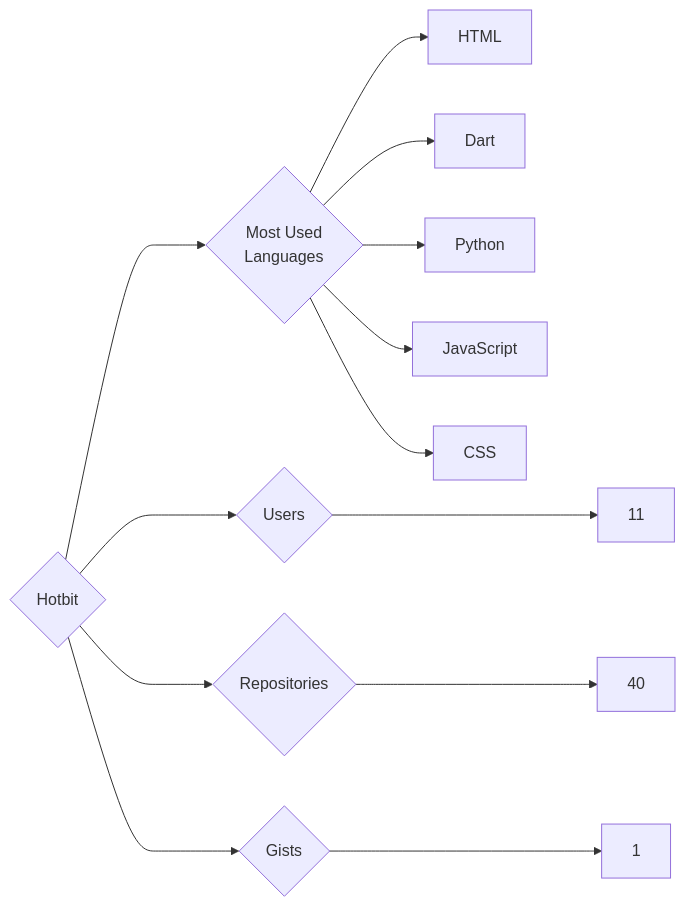
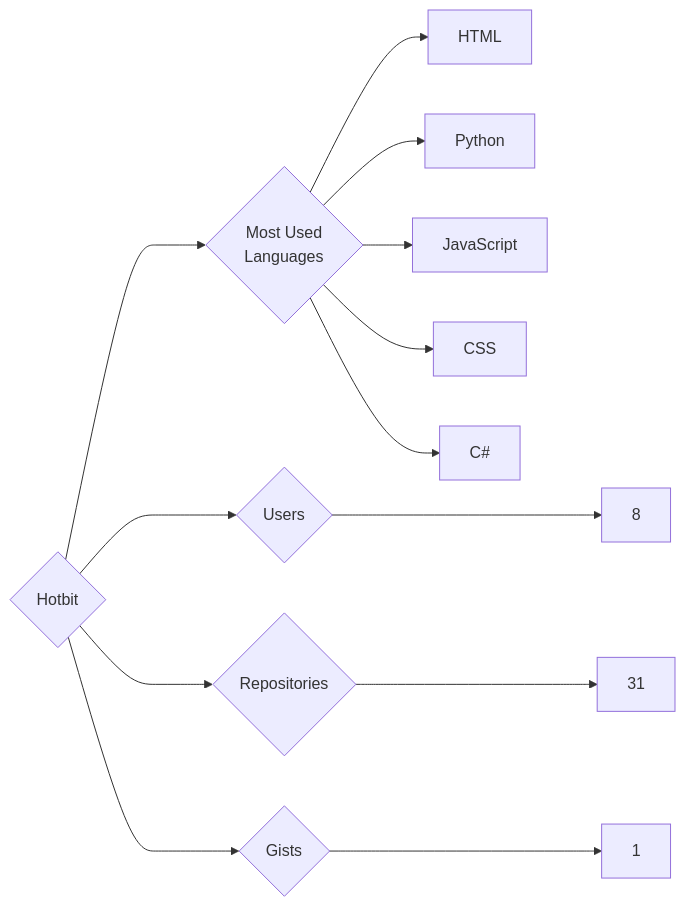
One commit to trickest/insiders changed the diagram in targets/Hotbit/README.md. Above: the diagram before and after it, drawn with Mermaid. The commit also changed 1092 other files, not shown here.

````diff
--- a/targets/Hotbit/README.md
+++ b/targets/Hotbit/README.md
@@ -3,13 +3,13 @@
 ```mermaid
 graph LR
 COMPANY_NAME{Hotbit}
-COMPANY_NAME ---> U{Users} ---> UN[11]
-COMPANY_NAME ---> R{Repositories} ---> RN[40]
+COMPANY_NAME ---> U{Users} ---> UN[8]
+COMPANY_NAME ---> R{Repositories} ---> RN[31]
 COMPANY_NAME ---> G{Gists} ---> GN[1]
 COMPANY_NAME ---> ML{Most Used<br>Languages}
 ML --> HTML[HTML]
-ML --> Dart[Dart]
 ML --> Python[Python]
 ML --> JavaScript[JavaScript]
 ML --> CSS[CSS]
+ML --> C#[C#]
 ```
````
